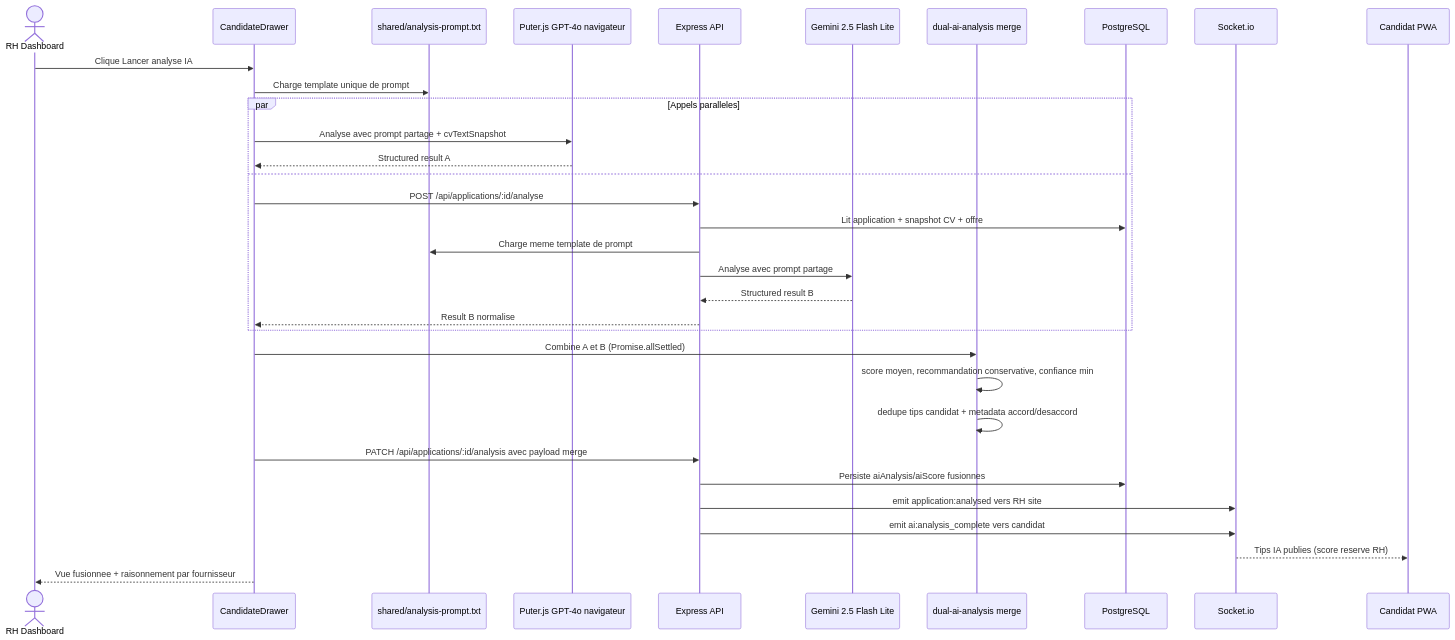
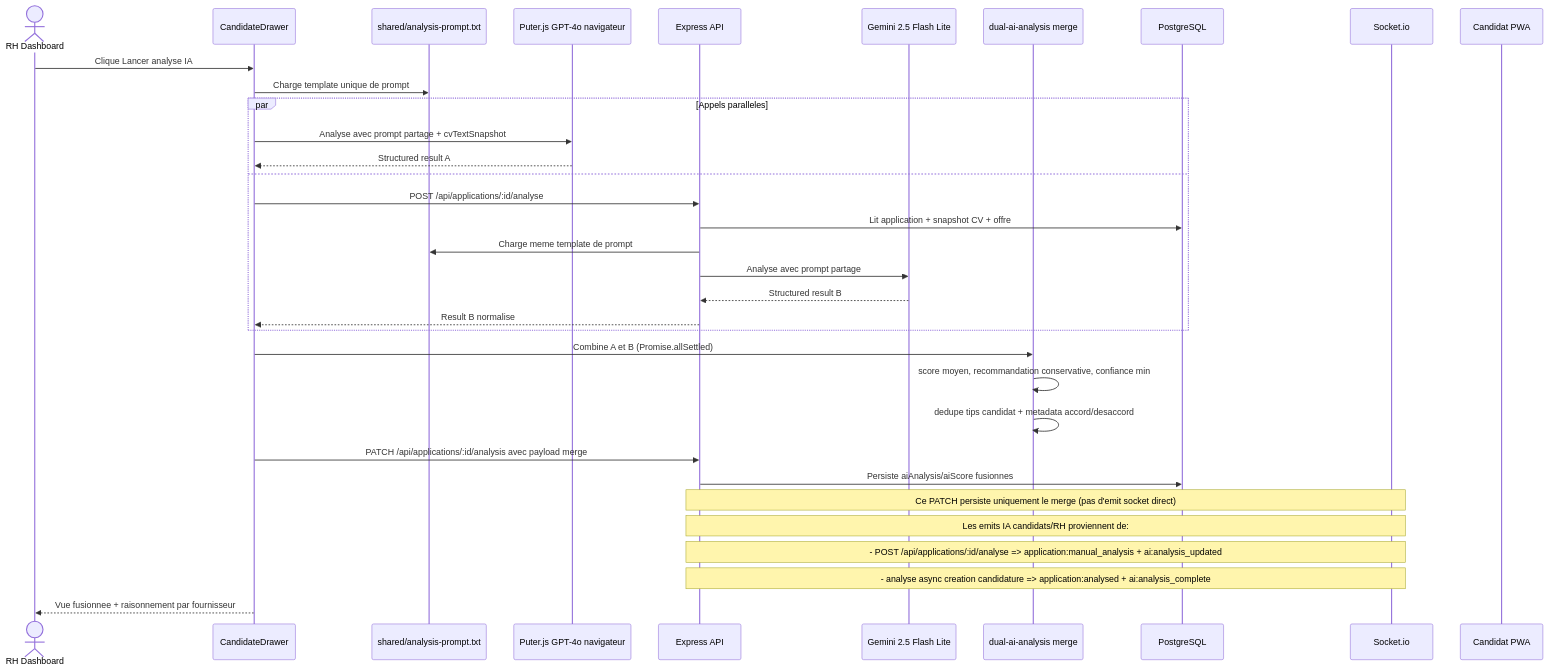
The diagram in diagramms/05_sequence_ia.md (foudhilriahi/schulte), drawn with Mermaid before and after one commit. The commit also changed 709 other files, not shown here.

````diff
--- a/diagramms/05_sequence_ia.md
+++ b/diagramms/05_sequence_ia.md
@@ -4,40 +4,42 @@
 ```mermaid
 sequenceDiagram
     actor RH as RH Dashboard
     participant Drawer as CandidateDrawer
     participant Prompt as shared/analysis-prompt.txt
     participant Puter as Puter.js GPT-4o navigateur
     participant Backend as Express API
     participant Gemini as Gemini 2.5 Flash Lite
     participant Merge as dual-ai-analysis merge
     participant DB as PostgreSQL
     participant Socket as Socket.io
     participant PWA as Candidat PWA
 
     RH->>Drawer: Clique Lancer analyse IA
     Drawer->>Prompt: Charge template unique de prompt
 
     par Appels paralleles
         Drawer->>Puter: Analyse avec prompt partage + cvTextSnapshot
         Puter-->>Drawer: Structured result A
     and
         Drawer->>Backend: POST /api/applications/:id/analyse
         Backend->>DB: Lit application + snapshot CV + offre
         Backend->>Prompt: Charge meme template de prompt
         Backend->>Gemini: Analyse avec prompt partage
         Gemini-->>Backend: Structured result B
         Backend-->>Drawer: Result B normalise
     end
 
     Drawer->>Merge: Combine A et B (Promise.allSettled)
     Merge->>Merge: score moyen, recommandation conservative, confiance min
     Merge->>Merge: dedupe tips candidat + metadata accord/desaccord
 
     Drawer->>Backend: PATCH /api/applications/:id/analysis avec payload merge
     Backend->>DB: Persiste aiAnalysis/aiScore fusionnes
-    Backend->>Socket: emit application:analysed vers RH site
-    Backend->>Socket: emit ai:analysis_complete vers candidat
-    Socket-->>PWA: Tips IA publies (score reserve RH)
+    Note over Backend, Socket: Ce PATCH persiste uniquement le merge (pas d'emit socket direct)
+
+    Note over Backend, Socket: Les emits IA candidats/RH proviennent de:
+    Note over Backend, Socket: - POST /api/applications/:id/analyse => application:manual_analysis + ai:analysis_updated
+    Note over Backend, Socket: - analyse async creation candidature => application:analysed + ai:analysis_complete
 
     Drawer-->>RH: Vue fusionnee + raisonnement par fournisseur
 ```
````
